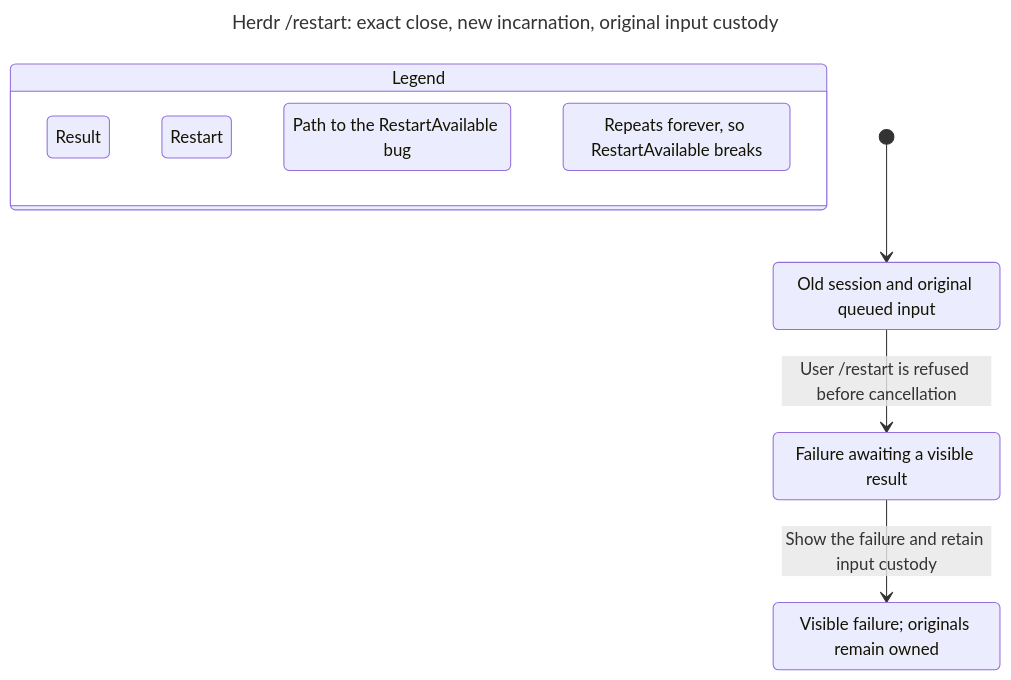
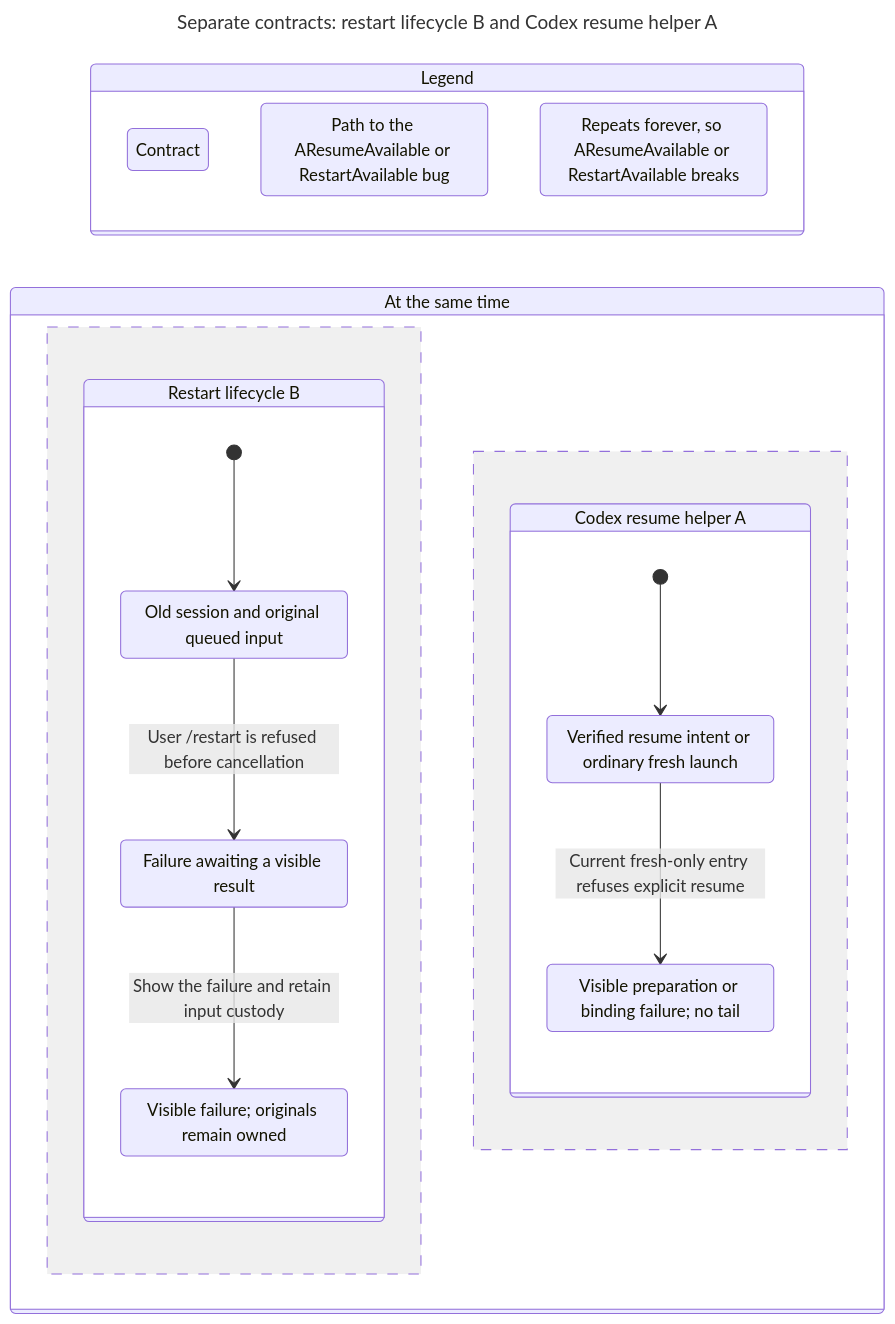
One commit to itismyfield/AgentDesk changed the diagram in docs/statecharts/session-lifecycle/herdr-restart-Before.chart.mmd. Above: the diagram before and after it, drawn with Mermaid. The commit also changed 185 other files, not shown here.

First line of the commit message:
feat: preserve explicit Codex Herdr resume boundaries

```diff
--- a/docs/statecharts/session-lifecycle/herdr-restart-Before.chart.mmd
+++ b/docs/statecharts/session-lifecycle/herdr-restart-Before.chart.mmd
@@ -1,26 +1,41 @@
 ---
-title: "Herdr /restart: exact close, new incarnation, original input custody"
+title: "Separate contracts: restart lifecycle B and Codex resume helper A"
 ---
 stateDiagram-v2
+  direction LR
   state "Legend" as legend {
-    lg0: Result
-    lg1: Restart
-    lg2: Path to the RestartAvailable bug
-    lg3: Repeats forever, so RestartAvailable breaks
+    lg0: Contract
+    lg1: Path to the AResumeAvailable or RestartAvailable bug
+    lg2: Repeats forever, so AResumeAvailable or RestartAvailable breaks
   }
-  class lg0 teal
-  class lg1 blue
-  class lg2 bugPath
-  class lg3 repeats
-  s0: Old session and original queued input
-  s1: Failure awaiting a visible result
-  s2: Visible failure#59; originals remain owned
-  [*] --> s0
-  s0 --> s1: User /restart is refused before cancellation
-  s1 --> s2: Show the failure and retain input custody
+  class lg0 blue
+  class lg1 bugPath
+  class lg2 repeats
+  state "At the same time" as all {
+    state "Restart lifecycle B" as r0 {
+      s0: Old session and original queued input
+      s1: Failure awaiting a visible result
+      s2: Visible failure#59; originals remain owned
+      [*] --> s0
+      s0 --> s1: User /restart is refused before cancellation
+      s1 --> s2: Show the failure and retain input custody
+    }
+    --
+    state "Codex resume helper A" as r1 {
+      s3: Verified resume intent or ordinary fresh launch
+      s4: Visible preparation or binding failure#59; no tail
+      [*] --> s3
+      s3 --> s4: Current fresh-only entry refuses explicit resume
+    }
+  }
   class s0 blue
   class s0 bugPath
   class s1 blue
   class s1 bugPath
-  class s2 teal
+  class s2 blue
   class s2 repeats
+  class s3 blue
+  class s3 bugPath
+  class s4 blue
+  class s4 bugPath
+  class s4 repeats
```
